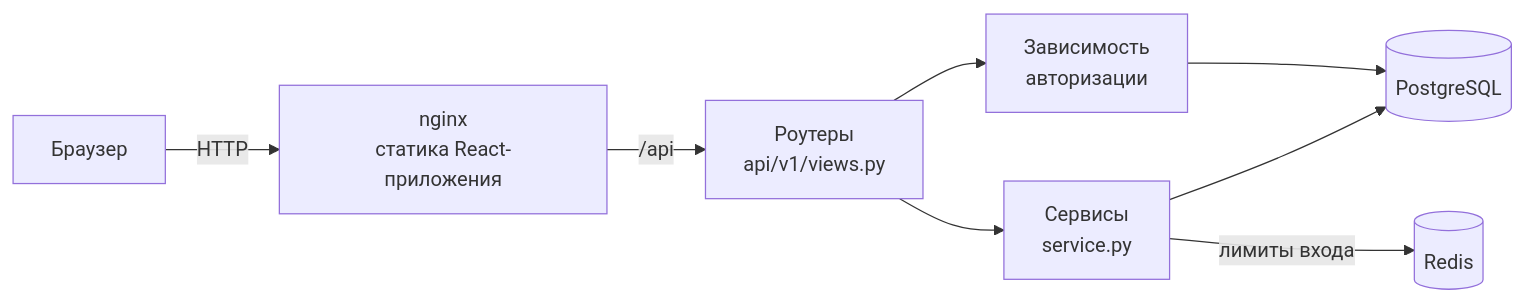
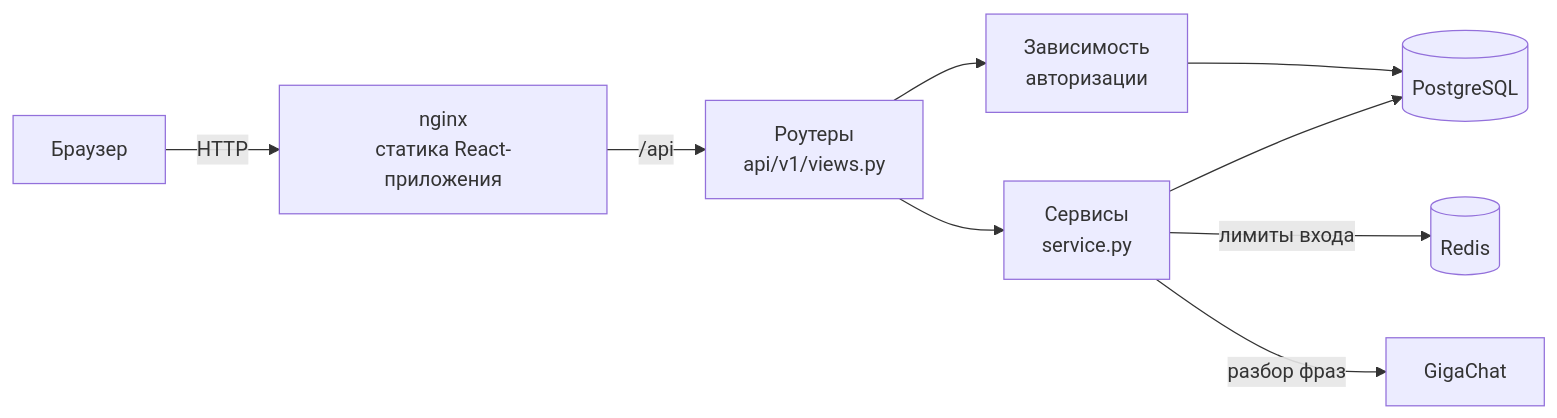
The diagram in README.md (sanakoy/money-tracker), drawn with Mermaid before and after one commit. The commit also changed other lines of this file and 7 other files, not shown here.

````diff
--- a/README.md
+++ b/README.md
@@ -142,10 +145,11 @@
 ```mermaid
 flowchart LR
     Client[Браузер] -->|HTTP| Nginx[nginx<br/>статика React-приложения]
     Nginx -->|/api| Router[Роутеры<br/>api/v1/views.py]
     Router --> Auth[Зависимость<br/>авторизации]
     Router --> Service[Сервисы<br/>service.py]
     Service --> PG[(PostgreSQL)]
     Service -->|лимиты входа| Redis[(Redis)]
+    Service -->|разбор фраз| LLM[GigaChat]
     Auth --> PG
 ```
````
